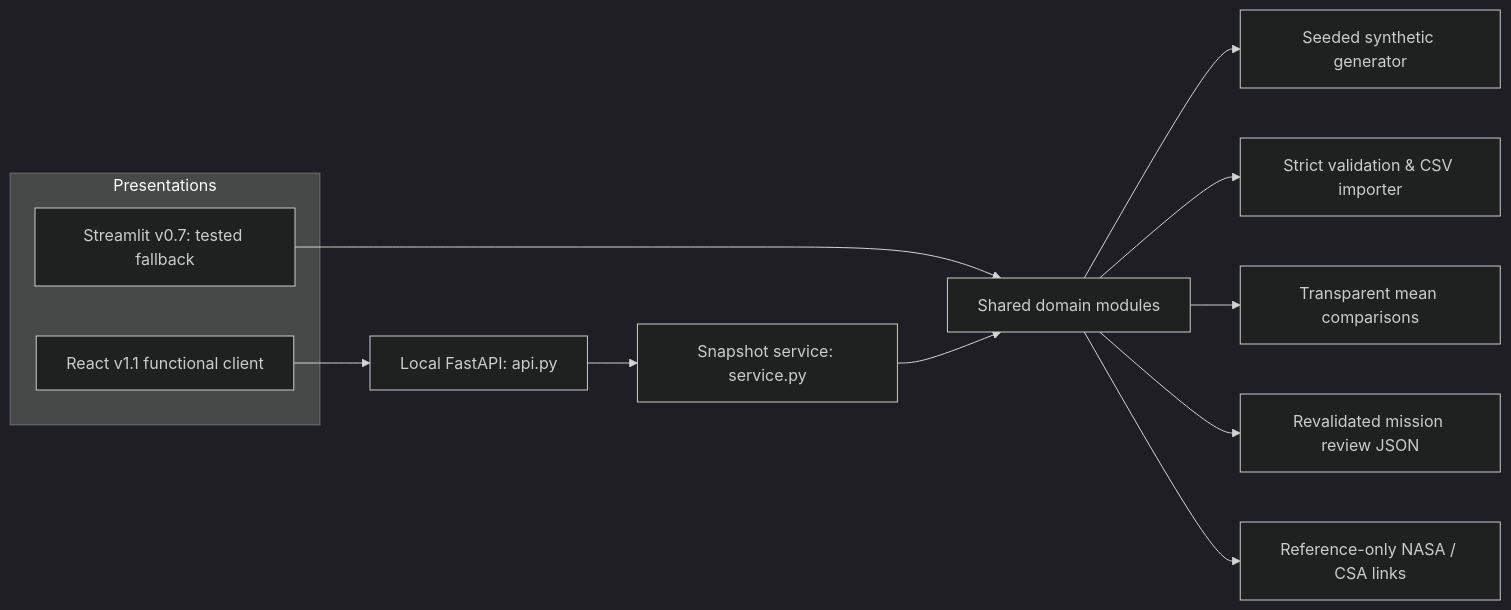
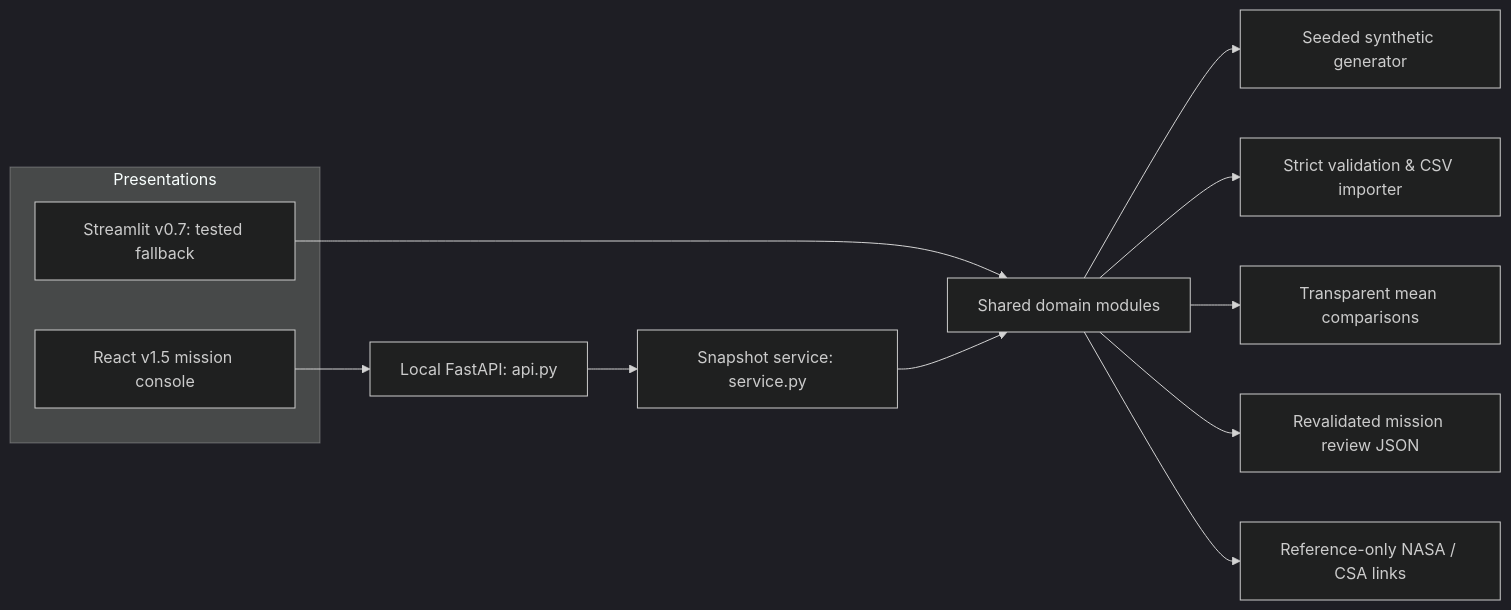
The diagram in docs/ARCHITECTURE.md (josuepa936-hue/ARES-Health-AI), drawn with Mermaid (dark theme) before and after one commit. The commit also changed other lines of this file and 13 other files, not shown here.

````diff
--- a/docs/ARCHITECTURE.md
+++ b/docs/ARCHITECTURE.md
@@ -9,16 +9,16 @@
 ```mermaid
 flowchart LR
   subgraph Presentations
     A[Streamlit v0.7: tested fallback]
-    B[React v1.1 functional client]
+    B[React v1.5 mission console]
   end
   A --> E[Shared domain modules]
   B --> C[Local FastAPI: api.py]
   C --> D[Snapshot service: service.py]
   D --> E
   E --> S[Seeded synthetic generator]
   E --> V[Strict validation & CSV importer]
   E --> T[Transparent mean comparisons]
   E --> R[Revalidated mission review JSON]
   E --> P[Reference-only NASA / CSA links]
 ```
````
